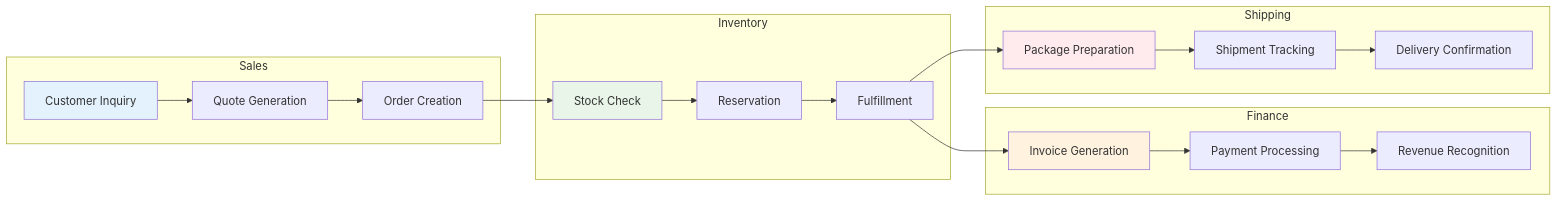
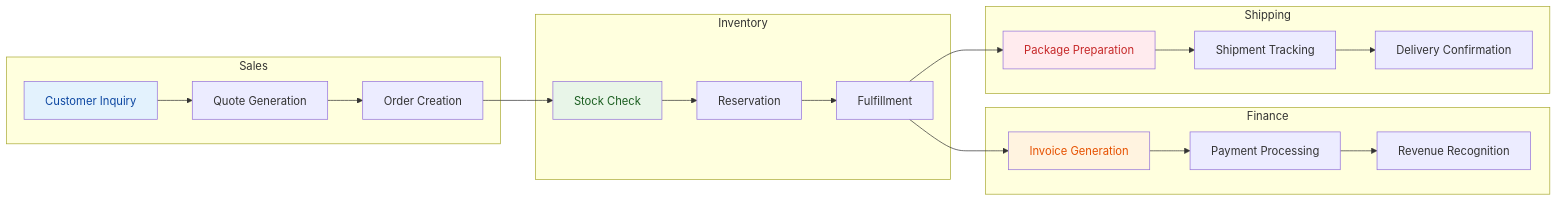
Before and after one commit to db4rnR/aureuserp: diagram 19 of 22 in docs/090-system-diagrams.md, drawn with Mermaid. The commit also changed other lines of this file and 923 other files, not shown here.

````diff
--- a/docs/090-system-diagrams.md
+++ b/docs/090-system-diagrams.md
@@ -1224,46 +1224,46 @@
 ```mermaid
 flowchart LR
     subgraph "Sales"
         A[Customer Inquiry]
         B[Quote Generation]
         C[Order Creation]
     end
     
     subgraph "Inventory"
         D[Stock Check]
         E[Reservation]
         F[Fulfillment]
     end
     
     subgraph "Finance"
         G[Invoice Generation]
         H[Payment Processing]
         I[Revenue Recognition]
     end
     
     subgraph "Shipping"
         J[Package Preparation]
         K[Shipment Tracking]
         L[Delivery Confirmation]
     end
     
     A --> B
     B --> C
     C --> D
     
     D --> E
     E --> F
     F --> G
     
     G --> H
     H --> I
     
     F --> J
     J --> K
     K --> L
     
-    style A fill:#e3f2fd
-    style D fill:#e8f5e8
-    style G fill:#fff3e0
-    style J fill:#ffebee
+    style A fill:#e3f2fd,color:#0d47a1
+    style D fill:#e8f5e8,color:#1b5e20
+    style G fill:#fff3e0,color:#e65100
+    style J fill:#ffebee,color:#c62828
 ```
````
